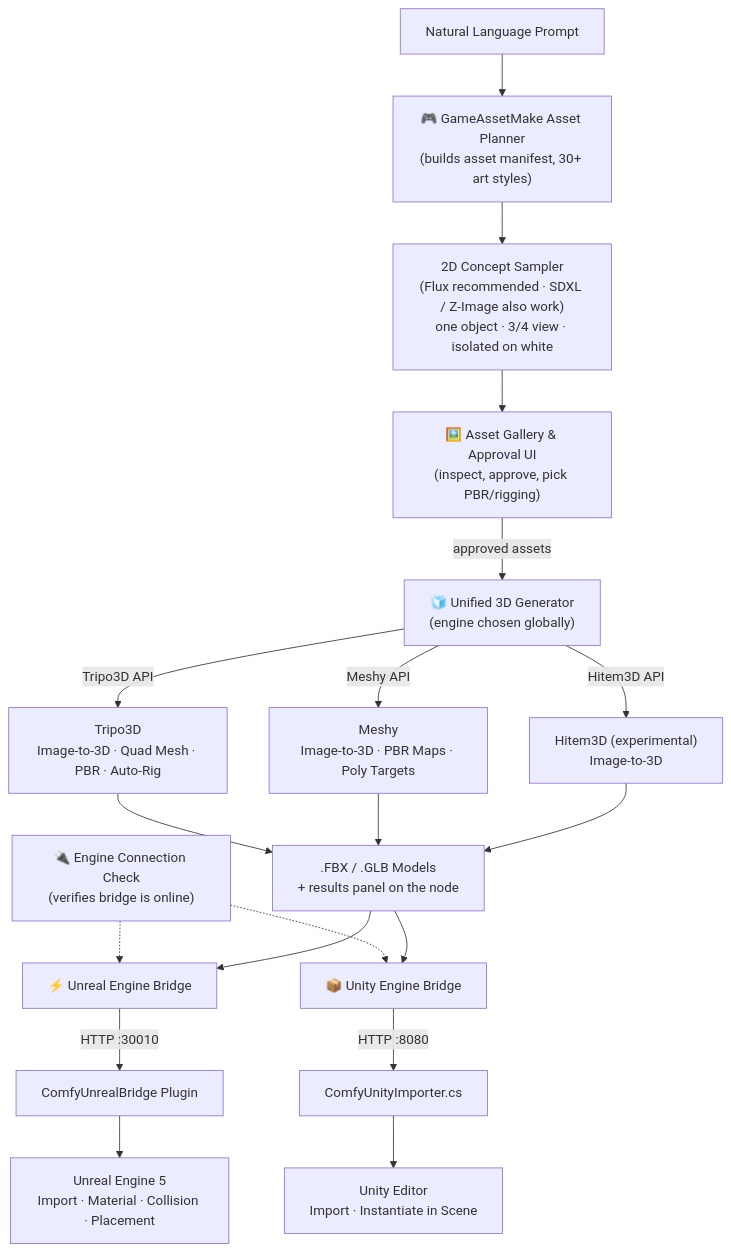
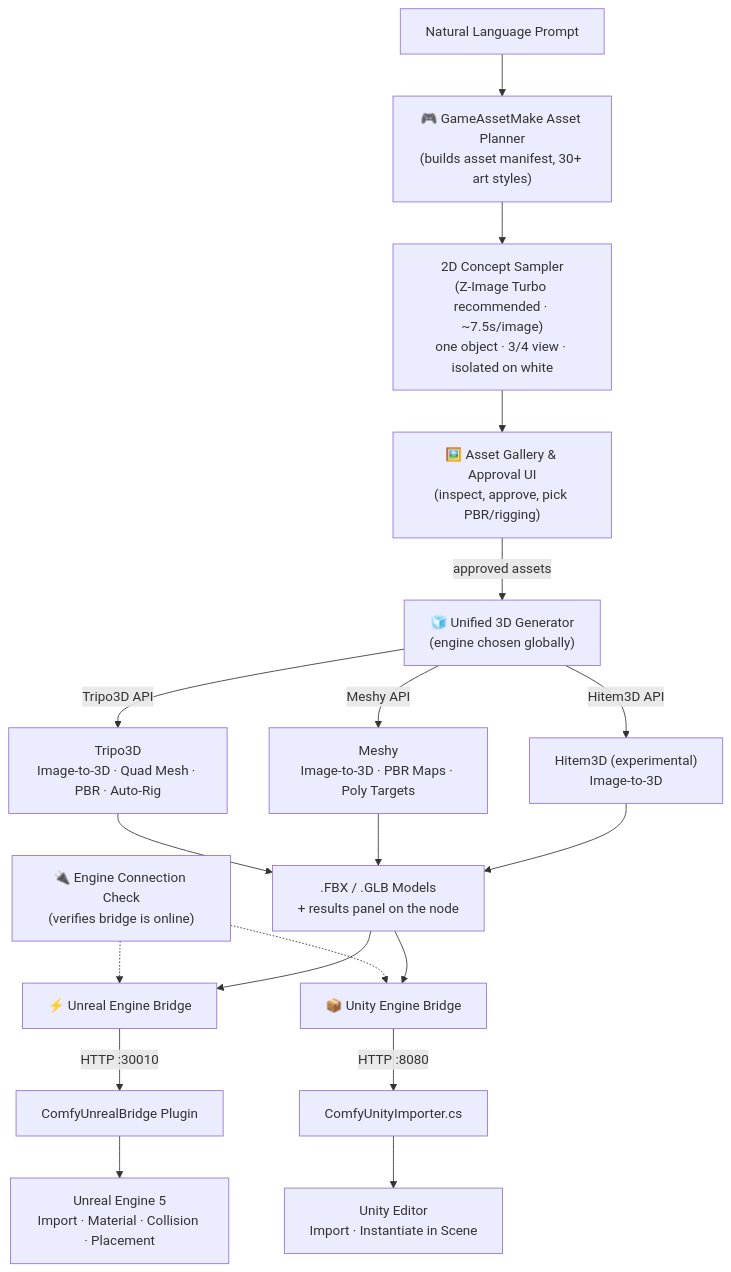
One commit to GeekatplayStudio/ComfyUI-Geekatplay-GameAssetMake changed the diagram in README.md. Above: the diagram before and after it, drawn with Mermaid. The commit also changed other lines of this file and 6 other files, not shown here.

First line of the commit message:
Switch workflows to Z-Image Turbo after benchmarking

````diff
--- a/README.md
+++ b/README.md
@@ -40,21 +40,21 @@
 ```mermaid
 flowchart TD
     Prompt["Natural Language Prompt"] --> Planner["🎮 GameAssetMake Asset Planner\n(builds asset manifest, 30+ art styles)"]
-    Planner --> ConceptGen["2D Concept Sampler\n(Flux recommended · SDXL / Z-Image also work)\none object · 3/4 view · isolated on white"]
+    Planner --> ConceptGen["2D Concept Sampler\n(Z-Image Turbo recommended · ~7.5s/image)\none object · 3/4 view · isolated on white"]
     ConceptGen --> GalleryUI["🖼️ Asset Gallery & Approval UI\n(inspect, approve, pick PBR/rigging)"]
     GalleryUI -->|"approved assets"| Unified3D["🧊 Unified 3D Generator\n(engine chosen globally)"]
     Unified3D -->|"Tripo3D API"| Tripo["Tripo3D\nImage-to-3D · Quad Mesh · PBR · Auto-Rig"]
     Unified3D -->|"Meshy API"| Meshy["Meshy\nImage-to-3D · PBR Maps · Poly Targets"]
     Unified3D -->|"Hitem3D API"| Hitem["Hitem3D (experimental)\nImage-to-3D"]
     Tripo --> Models[".FBX / .GLB Models\n+ results panel on the node"]
     Meshy --> Models
     Hitem --> Models
     Check["🔌 Engine Connection Check\n(verifies bridge is online)"] -.-> UnrealBridge
     Check -.-> UnityBridge
     Models --> UnrealBridge["⚡ Unreal Engine Bridge"]
     Models --> UnityBridge["📦 Unity Engine Bridge"]
     UnrealBridge -->|"HTTP :30010"| UEPlugin["ComfyUnrealBridge Plugin"]
     UnityBridge -->|"HTTP :8080"| UnityPlugin["ComfyUnityImporter.cs"]
     UEPlugin --> UELevel["Unreal Engine 5\nImport · Material · Collision · Placement"]
     UnityPlugin --> UnityScene["Unity Editor\nImport · Instantiate in Scene"]
 ```
````
